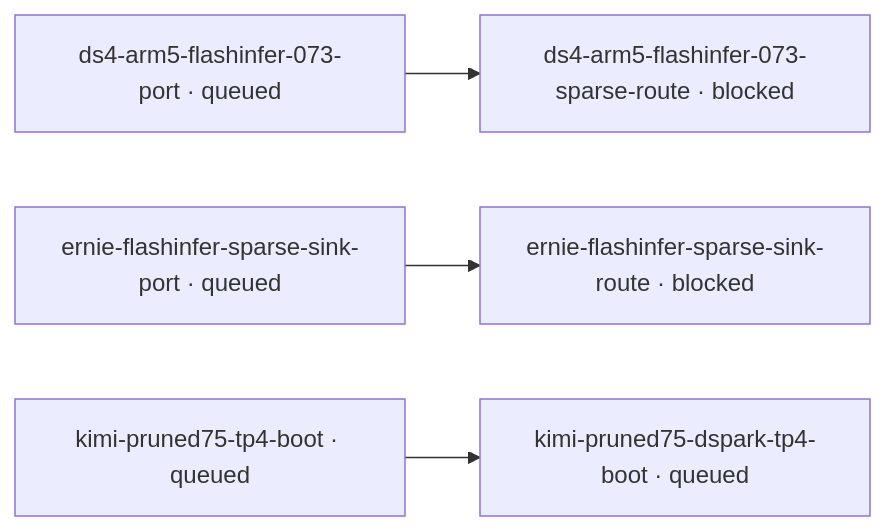
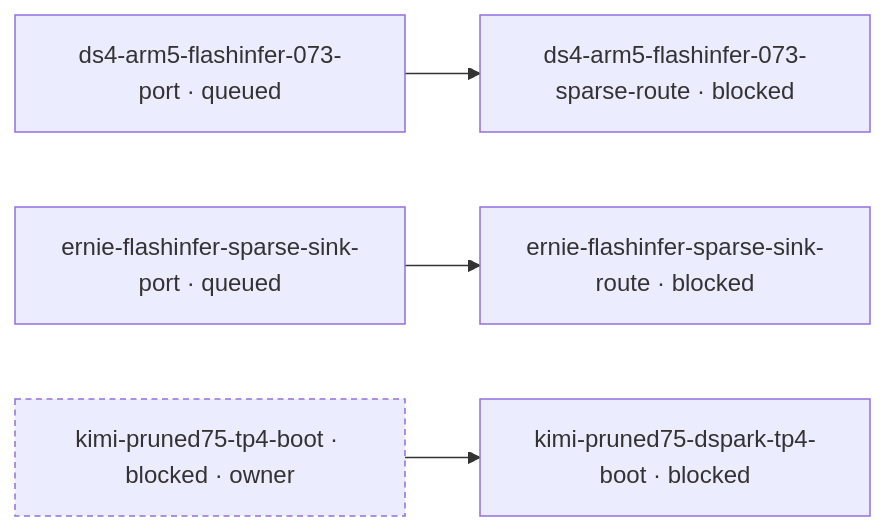
Before and after one commit to littlecedar/sparkrun-recipe-registry: the diagram in mad-science/STATUS.md, drawn with Mermaid. The commit also changed other lines of this file, not shown here.

````diff
--- a/mad-science/STATUS.md
+++ b/mad-science/STATUS.md
@@ -21,14 +21,14 @@
 ```mermaid
 flowchart LR
-  %% 13 blocked, 3 edges, 11 prose-gated, 0 question-gated, 0 question, 45 rows not drawn (--all)
+  %% 15 blocked, 3 edges, 12 prose-gated, 0 question-gated, 0 question, 46 rows not drawn (--all)
   t1["ds4-arm5-flashinfer-073-port · queued"]
   t2["ds4-arm5-flashinfer-073-sparse-route · blocked"]
   t3["ernie-flashinfer-sparse-sink-port · queued"]
   t4["ernie-flashinfer-sparse-sink-route · blocked"]
-  t5["kimi-pruned75-dspark-tp4-boot · queued"]
-  t6["kimi-pruned75-tp4-boot · queued"]
+  t5["kimi-pruned75-dspark-tp4-boot · blocked"]
+  t6["kimi-pruned75-tp4-boot · blocked · owner"]:::no-recorded-edge
   t1 --> t2
   t3 --> t4
   t6 --> t5
   classDef no-recorded-edge stroke-dasharray: 4 3
 ```
````
